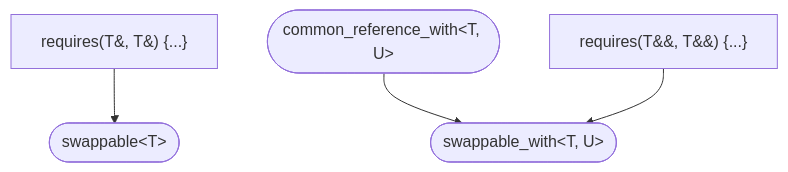
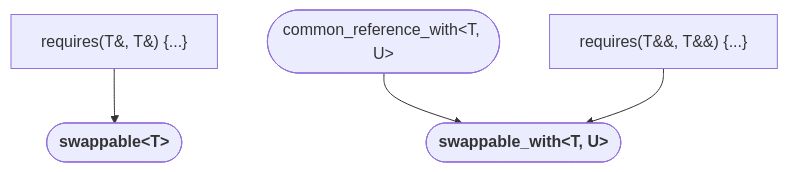
One commit to yohhoy/cpp-concepts changed the sixth of 18 diagrams in README.md. Above: the diagram before and after it, drawn with Mermaid. The commit also changed other lines of this file, not shown here.

````diff
--- a/README.md
+++ b/README.md
@@ -71,8 +71,8 @@
 ```mermaid
 graph TD
     %% std::swappable<T>
-    AC1["requires(T&amp;, T&amp;) {...}"] --> swappable(["swappable&lt;T&gt;"]);
+    AC1["requires(T&amp;, T&amp;) {...}"] --> swappable(["<b>swappable&lt;T&gt;</b>"]);
     %% std::swappable_with<T, U>
-    common_reference_with(["common_reference_with&lt;T, U&gt;"]) --> swappable_with(["swappable_with&lt;T, U&gt;"]);
+    common_reference_with(["common_reference_with&lt;T, U&gt;"]) --> swappable_with(["<b>swappable_with&lt;T, U&gt;</b>"]);
     AC2["requires(T&amp;&amp;, T&amp;&amp;) {...}"] --> swappable_with;
 ```
````
